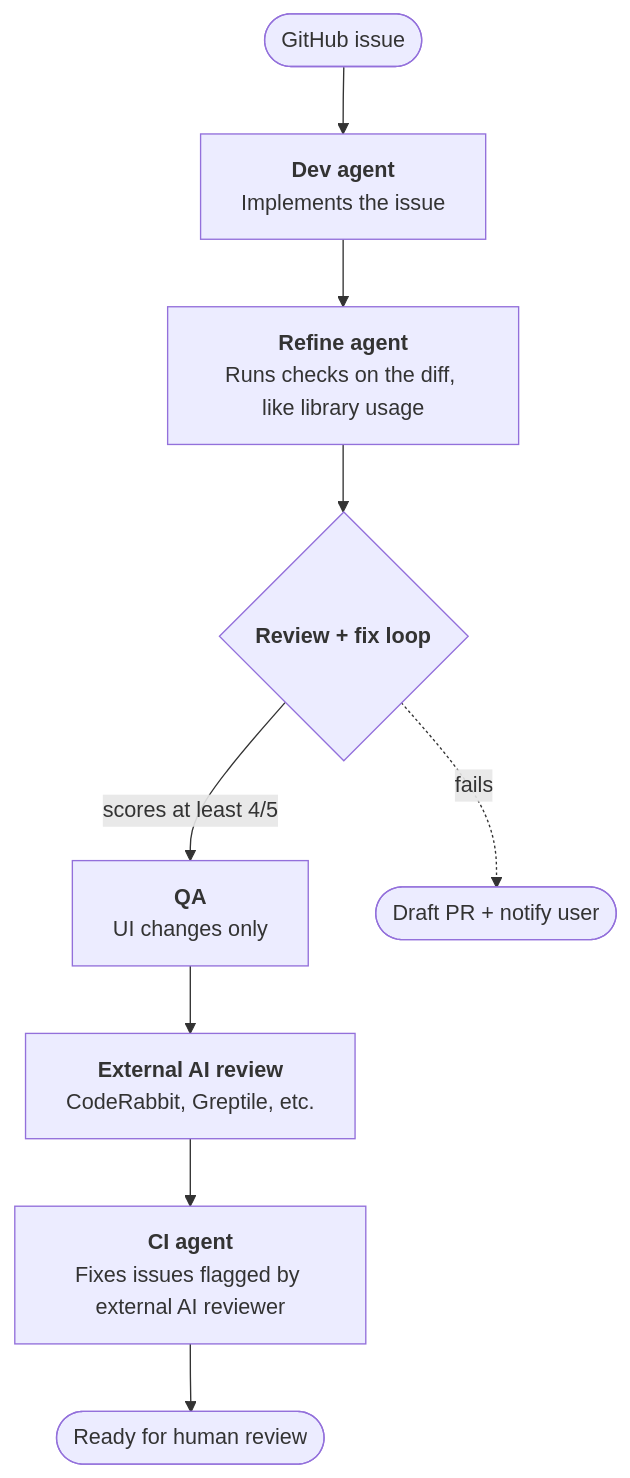
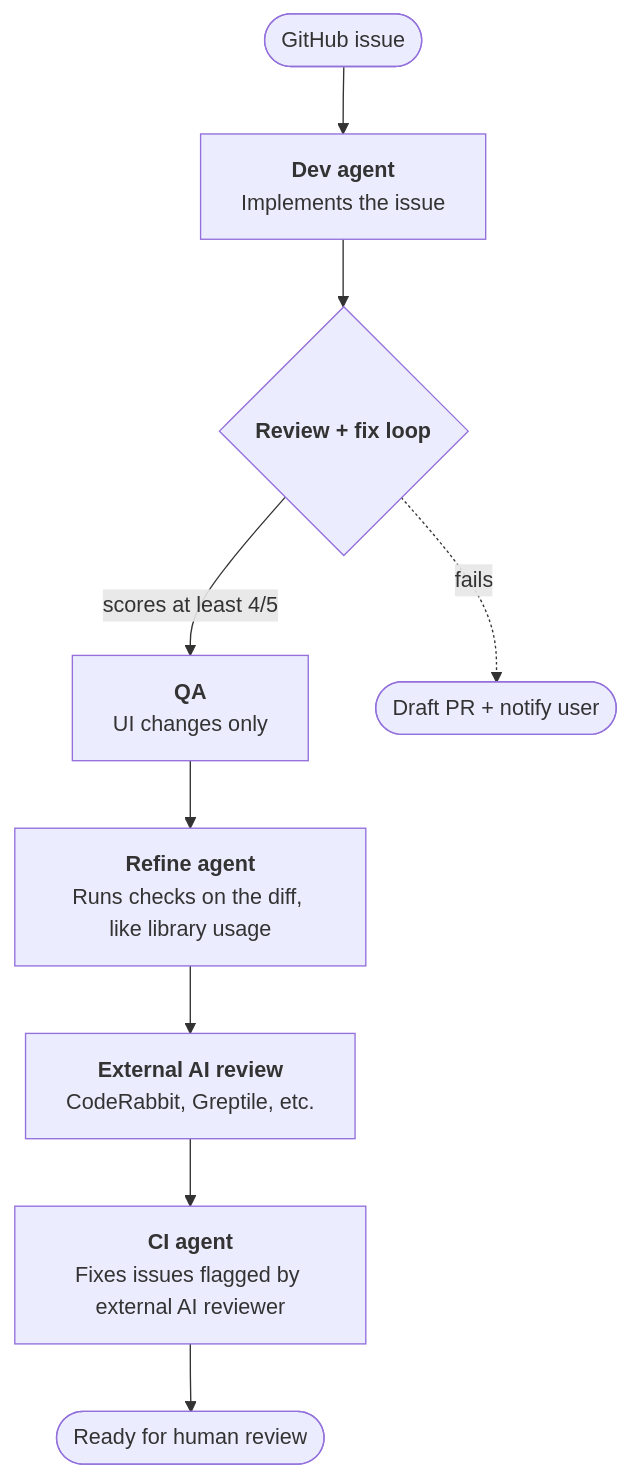
Before and after one commit to tyler-mcdonald/skills: the diagram in README.md, drawn with Mermaid. The commit also changed 1 other file, not shown here.

Commit message:
docs(orchestrator): refine right before bot review (#192)
Runs refine after the review cycle so its checks see code from review
fixes too, and the bot review becomes a final inspection of the finished
diff.

````diff
--- a/README.md
+++ b/README.md
@@ -11,16 +11,16 @@
 ```mermaid
 flowchart TD
     A([GitHub issue]) --> B["`**Dev agent**
 Implements the issue`"]
-    B --> C["`**Refine agent**
-Runs checks on the diff, like library usage`"]
-    C --> D{"`**Review + fix loop**`"}
+    B --> D{"`**Review + fix loop**`"}
     D -->|scores at least 4/5| E["`**QA**
 UI changes only`"]
     D -.->|fails| X([Draft PR + notify user])
-    E --> F["`**External AI review**
+    E --> C["`**Refine agent**
+Runs checks on the diff, like library usage`"]
+    C --> F["`**External AI review**
 CodeRabbit, Greptile, etc.`"]
     F --> G["`**CI agent**
 Fixes issues flagged by external AI reviewer`"]
     G --> H([Ready for human review])
 ```
````
